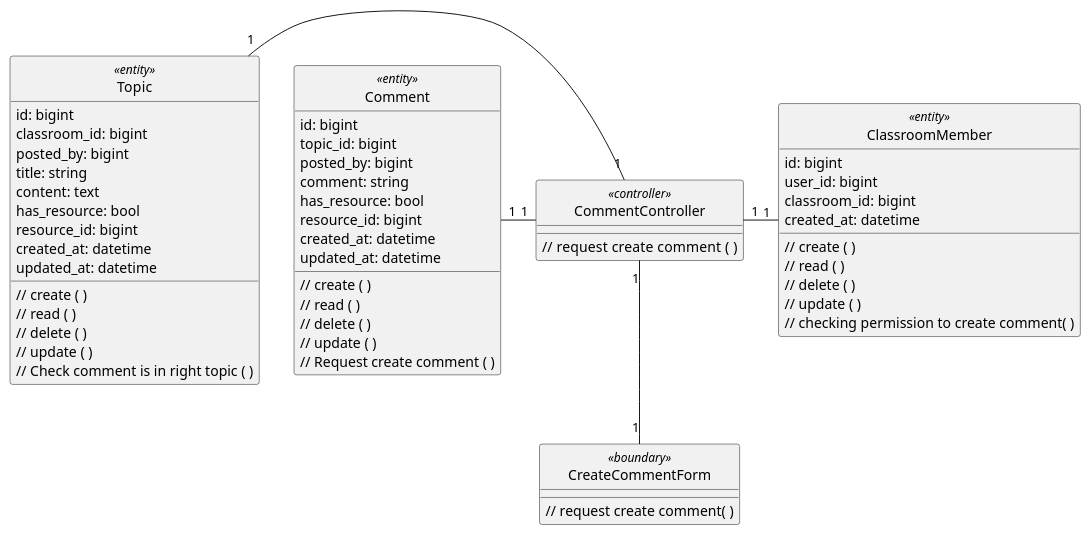
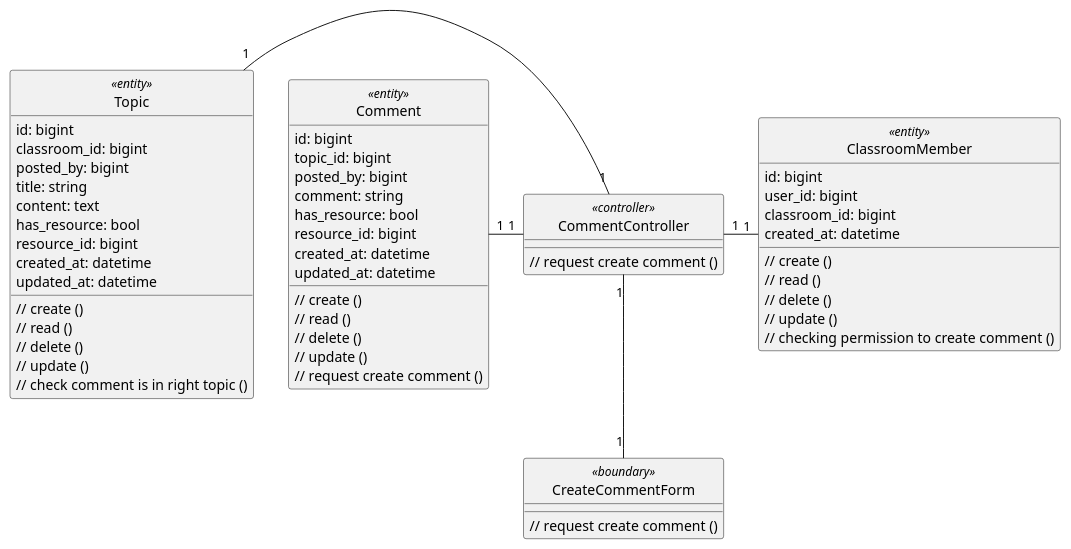
Before and after one commit to anonyhostvn/OOAD-Diagram: the diagram in class - analysis/comment/createComment.plantuml, drawn with PlantUML. The commit also changed 18 other files, not shown here.

```diff
--- a/class - analysis/comment/createComment.plantuml
+++ b/class - analysis/comment/createComment.plantuml
@@ -1,71 +1,71 @@
 @startuml createComment
 
 class Topic <<entity>> {
     id: bigint
     classroom_id: bigint
     posted_by: bigint
     title: string
     content: text
     has_resource: bool
     resource_id: bigint
     created_at: datetime
     updated_at: datetime
 
-    // create ( )
-    // read ( )
-    // delete ( )
-    // update ( )
-    // Check comment is in right topic ( )
+    // create ()
+    // read ()
+    // delete ()
+    // update ()
+    // check comment is in right topic ()
 }
 
 class Comment <<entity>> {
     id: bigint
     topic_id: bigint
     posted_by: bigint
     comment: string
     has_resource: bool
     resource_id: bigint
     created_at: datetime
     updated_at: datetime
 
-    // create ( )
-    // read ( )
-    // delete ( )
-    // update ( )
-    // Request create comment ( )
+    // create ()
+    // read ()
+    // delete ()
+    // update ()
+    // request create comment ()
 }
 
 class ClassroomMember <<entity>> {
     id: bigint
     user_id: bigint
     classroom_id: bigint
     created_at: datetime
 
-    // create ( )
-    // read ( )
-    // delete ( )
-    // update ( )
-    // checking permission to create comment( )
+    // create ()
+    // read ()
+    // delete ()
+    // update ()
+    // checking permission to create comment ()
 }
 
 class CreateCommentForm <<boundary>> {
-    // request create comment( )
+    // request create comment ()
 }
 
 class CommentController <<controller>> {
-    // request create comment  ( )
+    // request create comment ()
 }
 
 hide Comment <<entity>> circle
 hide CreateCommentForm <<boundary>> circle
 hide CommentController <<controller>> circle
 
 CommentController "1" -left- "1" Comment
 CommentController "1" -right- "1" ClassroomMember
 CommentController "1" -down- "1" CreateCommentForm
 CommentController "1" -left- "1" Topic
 
 
 
 
 @enduml
```
